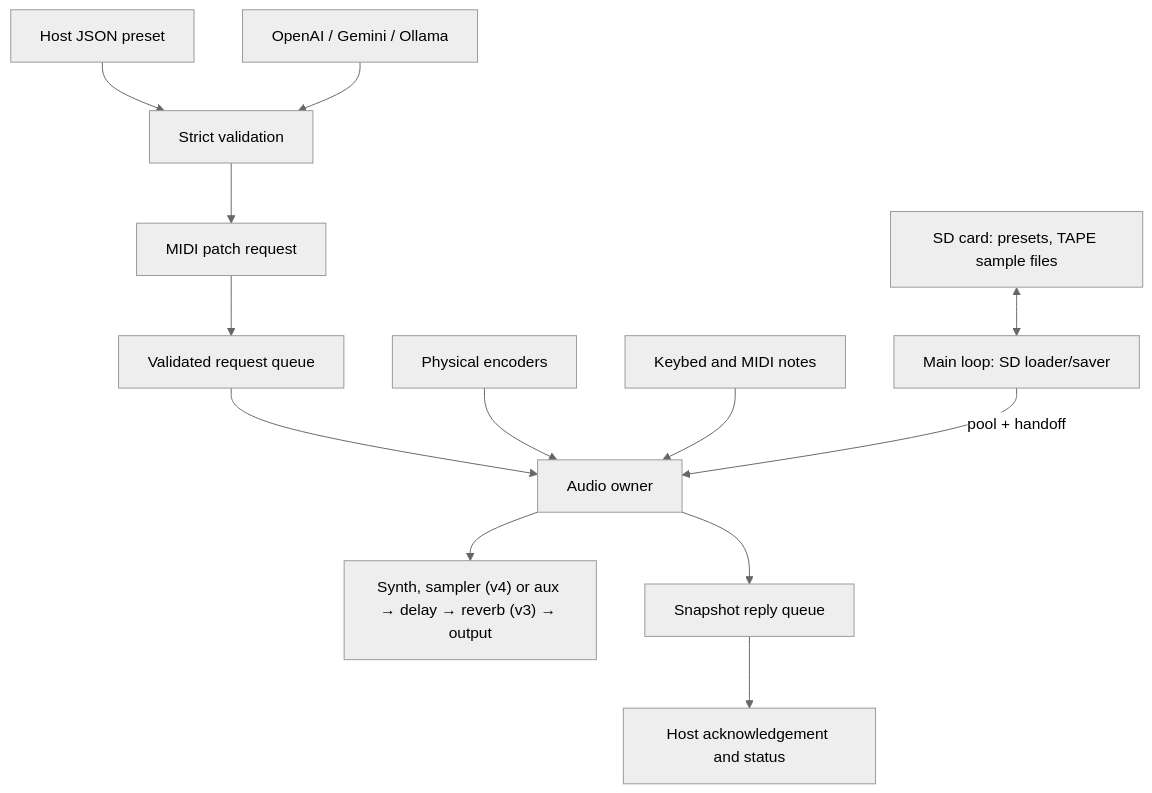
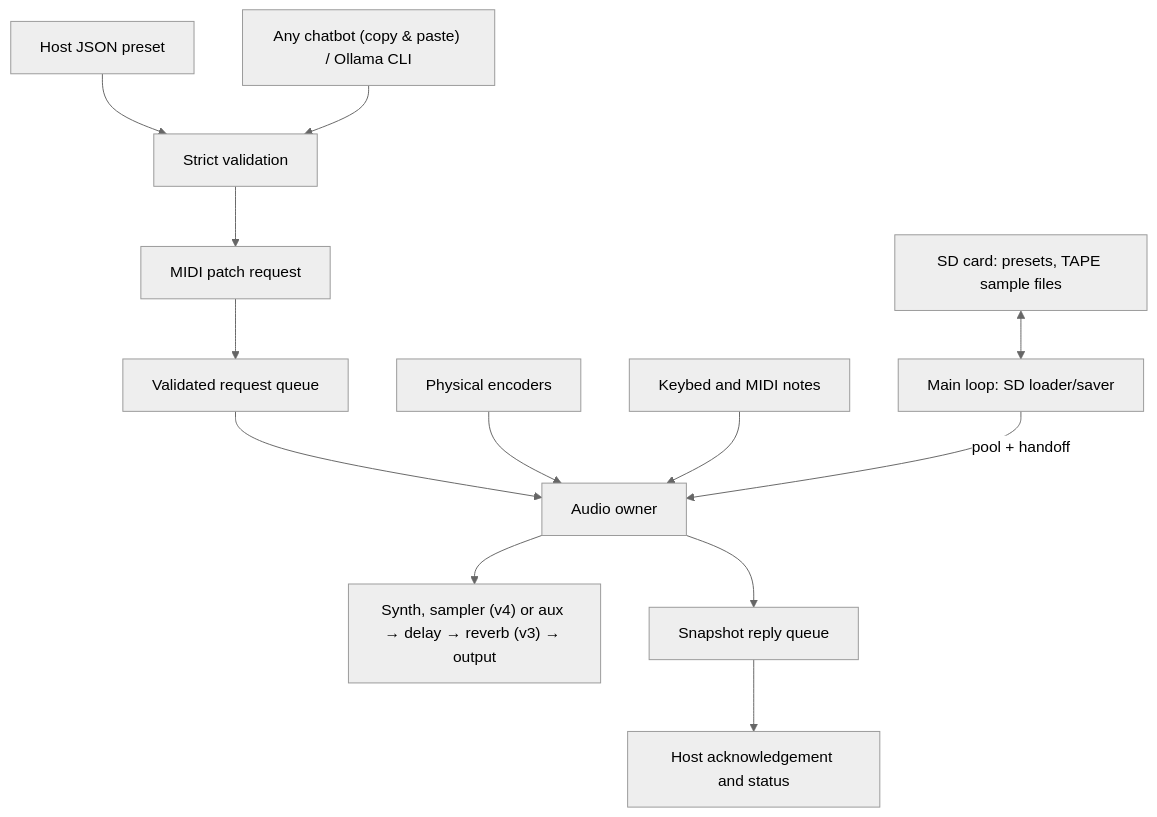
The diagram in docs/forge/ARCHITECTURE.md (DCDominguez/CHOMPI), drawn with Mermaid (neutral theme) before and after one commit. The commit also changed 16 other files, not shown here.

````diff
--- a/docs/forge/ARCHITECTURE.md
+++ b/docs/forge/ARCHITECTURE.md
@@ -20,15 +20,15 @@
 ```mermaid
 flowchart TD
     Preset["Host JSON preset"] --> Validate["Strict validation"]
-    Model["OpenAI / Gemini / Ollama"] --> Validate
+    Model["Any chatbot (copy & paste) / Ollama CLI"] --> Validate
     Validate --> MIDI["MIDI patch request"]
     MIDI --> Queue["Validated request queue"]
     Queue --> Audio["Audio owner"]
     Knobs["Physical encoders"] --> Audio
     Keys["Keybed and MIDI notes"] --> Audio
     Audio --> DSP["Synth, sampler (v4) or aux → delay → reverb (v3) → output"]
     Card["SD card: presets, TAPE sample files"] <--> Main["Main loop: SD loader/saver"]
     Main -->|"pool + handoff"| Audio
     Audio --> Reply["Snapshot reply queue"]
     Reply --> Host["Host acknowledgement and status"]
 ```
````
